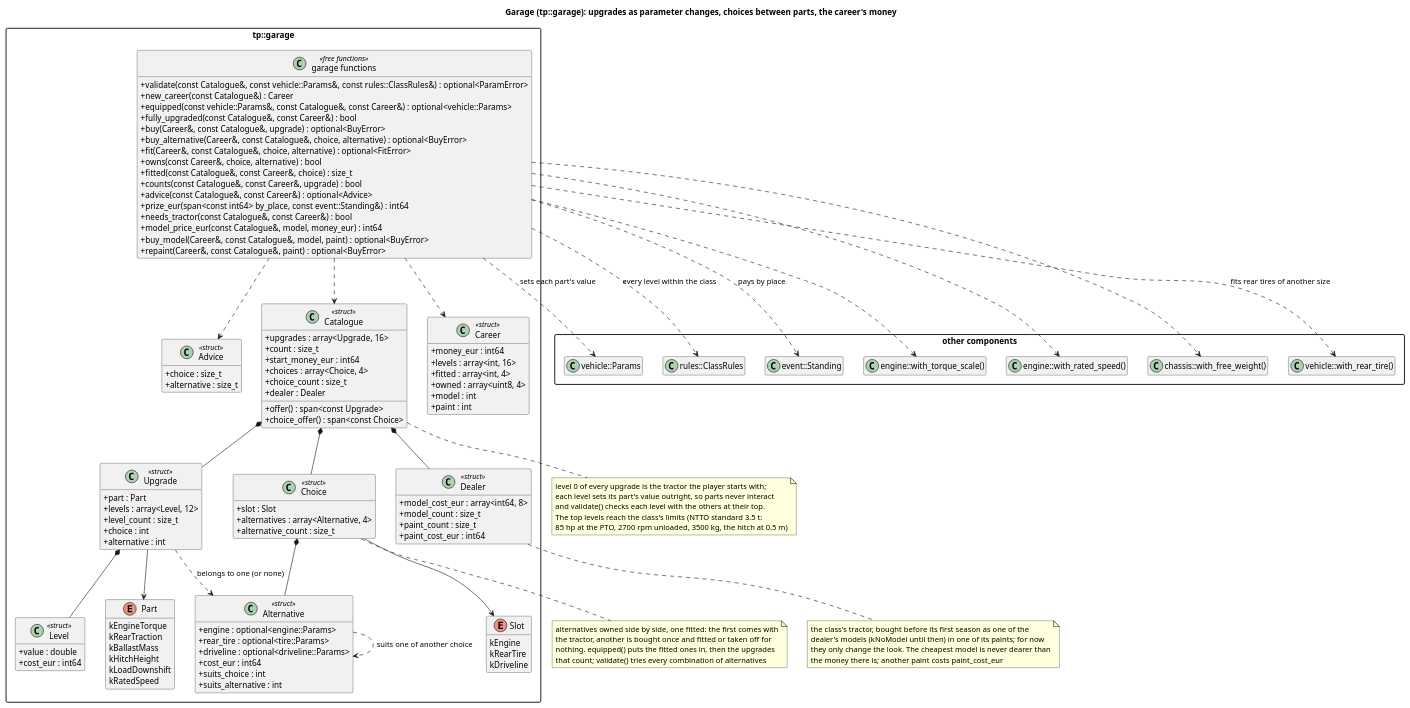
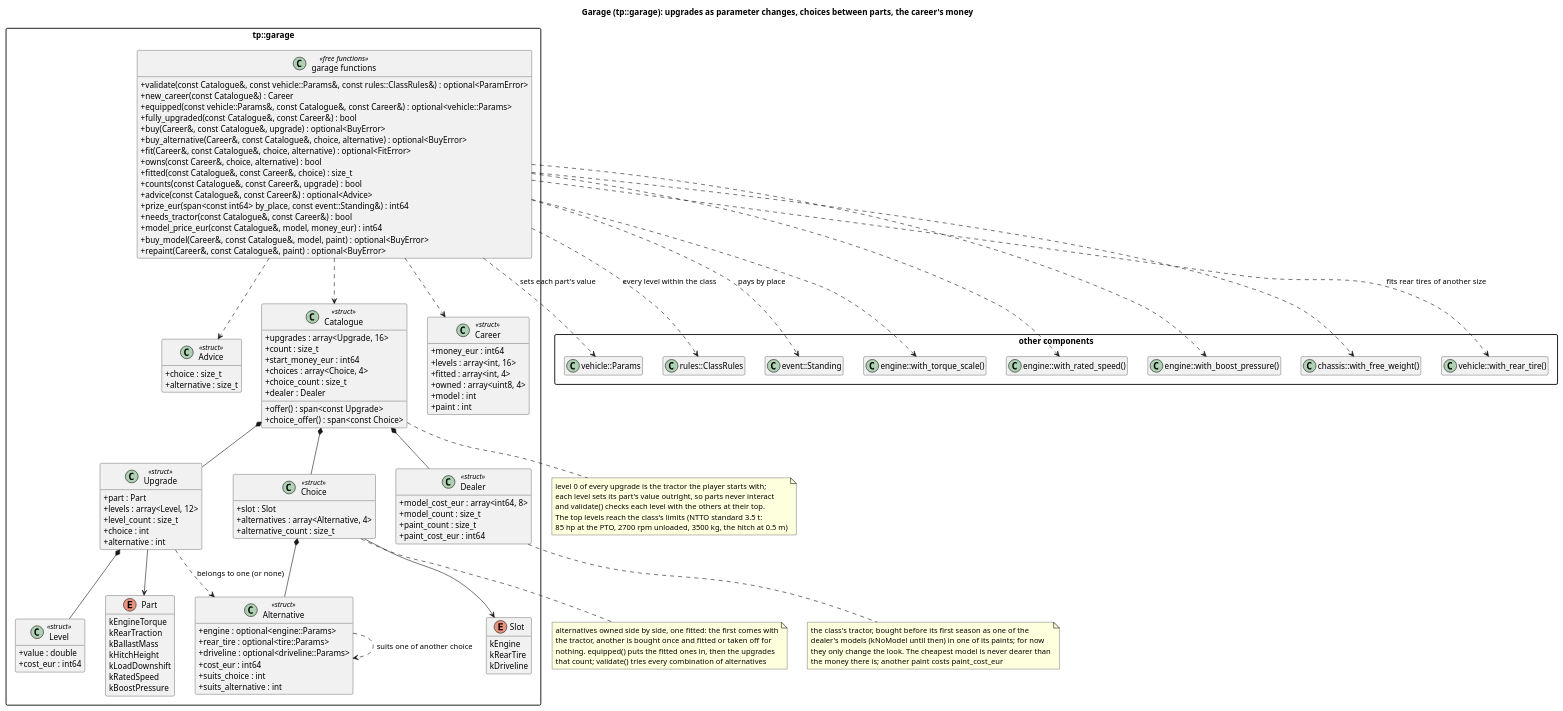
Before and after one commit to wversteeg/TractorPulling: the diagram in docs/diagrams/garage_classes.puml, drawn with PlantUML. The commit also changed 26 other files, not shown here.

```diff
--- a/docs/diagrams/garage_classes.puml
+++ b/docs/diagrams/garage_classes.puml
@@ -1,140 +1,143 @@
 @startuml garage_classes
 title Garage (tp::garage): upgrades as parameter changes, choices between parts, the career's money
 hide empty members
 skinparam packageStyle rectangle
 skinparam classAttributeIconSize 0
 
 package "other components" {
   class "vehicle::Params" as Tractor
   class "rules::ClassRules" as ClassRules
   class "event::Standing" as EventStanding
   class "engine::with_torque_scale()" as TorqueScale
   class "engine::with_rated_speed()" as RatedSpeed
+  class "engine::with_boost_pressure()" as BoostPressure
   class "chassis::with_free_weight()" as BallastMass
   class "vehicle::with_rear_tire()" as RearTire
 }
 
 package "tp::garage" {
   enum Part {
     kEngineTorque
     kRearTraction
     kBallastMass
     kHitchHeight
     kLoadDownshift
     kRatedSpeed
+    kBoostPressure
   }
   class Level <<struct>> {
     +value : double
     +cost_eur : int64
   }
   class Upgrade <<struct>> {
     +part : Part
     +levels : array<Level, 12>
     +level_count : size_t
     +choice : int
     +alternative : int
   }
   enum Slot {
     kEngine
     kRearTire
     kDriveline
   }
   class Alternative <<struct>> {
     +engine : optional<engine::Params>
     +rear_tire : optional<tire::Params>
     +driveline : optional<driveline::Params>
     +cost_eur : int64
     +suits_choice : int
     +suits_alternative : int
   }
   class Advice <<struct>> {
     +choice : size_t
     +alternative : size_t
   }
   class Choice <<struct>> {
     +slot : Slot
     +alternatives : array<Alternative, 4>
     +alternative_count : size_t
   }
   class Dealer <<struct>> {
     +model_cost_eur : array<int64, 8>
     +model_count : size_t
     +paint_count : size_t
     +paint_cost_eur : int64
   }
   class Catalogue <<struct>> {
     +upgrades : array<Upgrade, 16>
     +count : size_t
     +start_money_eur : int64
     +choices : array<Choice, 4>
     +choice_count : size_t
     +dealer : Dealer
     +offer() : span<const Upgrade>
     +choice_offer() : span<const Choice>
   }
   class Career <<struct>> {
     +money_eur : int64
     +levels : array<int, 16>
     +fitted : array<int, 4>
     +owned : array<uint8, 4>
     +model : int
     +paint : int
   }
   class "garage functions" as GarageFns <<free functions>> {
     +validate(const Catalogue&, const vehicle::Params&, const rules::ClassRules&) : optional<ParamError>
     +new_career(const Catalogue&) : Career
     +equipped(const vehicle::Params&, const Catalogue&, const Career&) : optional<vehicle::Params>
     +fully_upgraded(const Catalogue&, const Career&) : bool
     +buy(Career&, const Catalogue&, upgrade) : optional<BuyError>
     +buy_alternative(Career&, const Catalogue&, choice, alternative) : optional<BuyError>
     +fit(Career&, const Catalogue&, choice, alternative) : optional<FitError>
     +owns(const Career&, choice, alternative) : bool
     +fitted(const Catalogue&, const Career&, choice) : size_t
     +counts(const Catalogue&, const Career&, upgrade) : bool
     +advice(const Catalogue&, const Career&) : optional<Advice>
     +prize_eur(span<const int64> by_place, const event::Standing&) : int64
     +needs_tractor(const Catalogue&, const Career&) : bool
     +model_price_eur(const Catalogue&, model, money_eur) : int64
     +buy_model(Career&, const Catalogue&, model, paint) : optional<BuyError>
     +repaint(Career&, const Catalogue&, paint) : optional<BuyError>
   }
   Catalogue *-- Upgrade
   Catalogue *-- Choice
   Catalogue *-- Dealer
   Choice *-- Alternative
   Choice --> Slot
   Upgrade *-- Level
   Upgrade --> Part
   Upgrade ..> Alternative : belongs to one (or none)
   Alternative ..> Alternative : suits one of another choice
   GarageFns ..> Advice
   GarageFns ..> Catalogue
   GarageFns ..> Career
 }
 GarageFns ..> Tractor : sets each part's value
 GarageFns ..> ClassRules : every level within the class
 GarageFns ..> EventStanding : pays by place
 GarageFns ..> TorqueScale
 GarageFns ..> RatedSpeed
+GarageFns ..> BoostPressure
 GarageFns ..> BallastMass
 GarageFns ..> RearTire : fits rear tires of another size
 note bottom of Catalogue
   level 0 of every upgrade is the tractor the player starts with;
   each level sets its part's value outright, so parts never interact
   and validate() checks each level with the others at their top.
   The top levels reach the class's limits (NTTO standard 3.5 t:
   85 hp at the PTO, 2700 rpm unloaded, 3500 kg, the hitch at 0.5 m)
 end note
 note bottom of Dealer
   the class's tractor, bought before its first season as one of the
   dealer's models (kNoModel until then) in one of its paints; for now
   they only change the look. The cheapest model is never dearer than
   the money there is; another paint costs paint_cost_eur
 end note
 note bottom of Choice
   alternatives owned side by side, one fitted: the first comes with
   the tractor, another is bought once and fitted or taken off for
   nothing. equipped() puts the fitted ones in, then the upgrades
   that count; validate() tries every combination of alternatives
 end note
 @enduml
```
